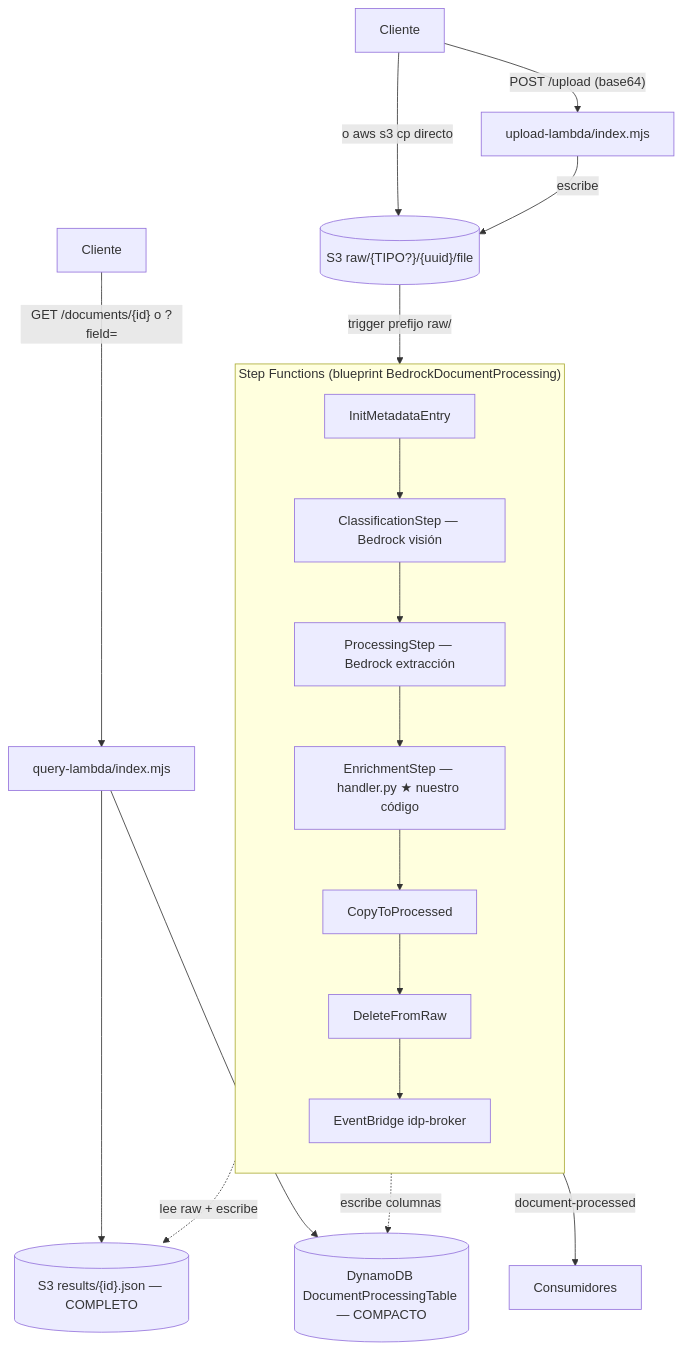
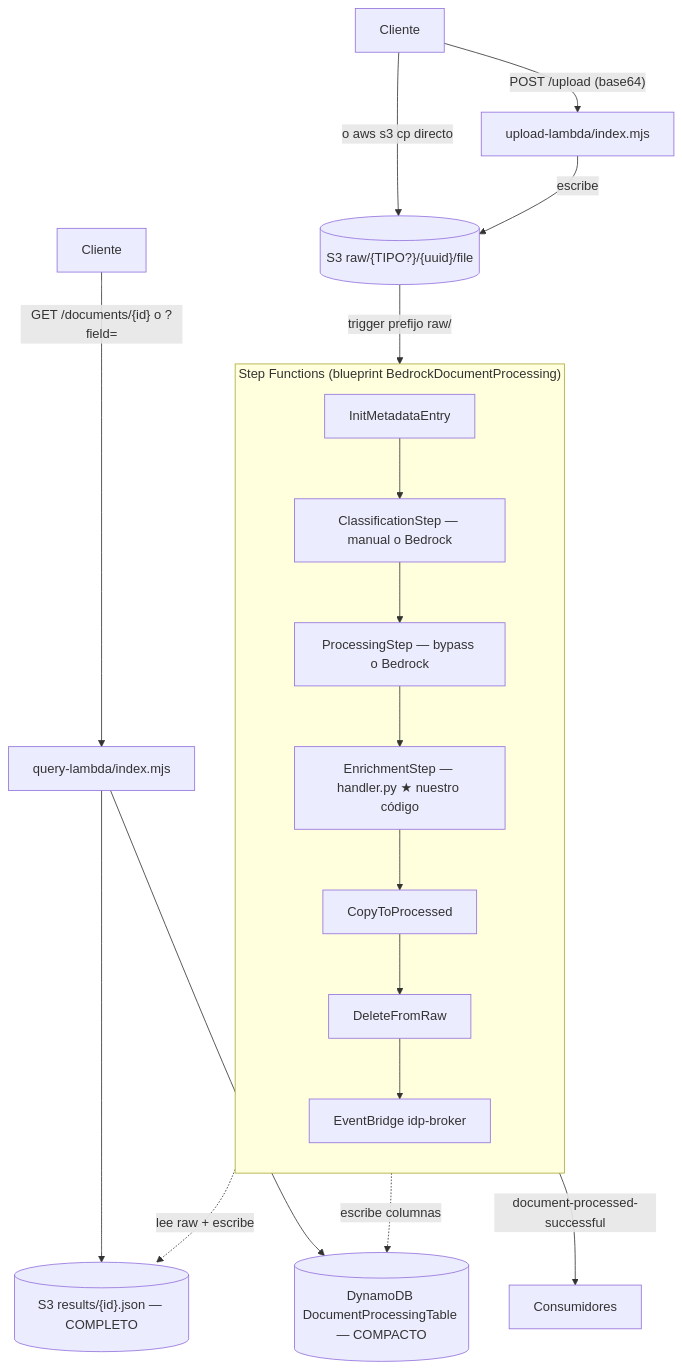
The diagram in documentacion/FLUJO_EJECUCION.md (LuisHM5/idp), drawn with Mermaid before and after one commit. The commit also changed other lines of this file and 18 other files, not shown here.

````diff
--- a/documentacion/FLUJO_EJECUCION.md
+++ b/documentacion/FLUJO_EJECUCION.md
@@ -9,23 +12,23 @@
 ```mermaid
 flowchart TD
     U[Cliente] -->|"POST /upload (base64)"| UL[upload-lambda/index.mjs]
     U -->|"o aws s3 cp directo"| S3RAW
     UL -->|"escribe"| S3RAW[("S3 raw/{TIPO?}/{uuid}/file")]
     S3RAW -->|"trigger prefijo raw/"| SFN
 
     subgraph SFN["Step Functions (blueprint BedrockDocumentProcessing)"]
       direction TB
-      I[InitMetadataEntry] --> C["ClassificationStep — Bedrock visión"]
-      C --> P["ProcessingStep — Bedrock extracción"]
+      I[InitMetadataEntry] --> C["ClassificationStep — manual o Bedrock"]
+      C --> P["ProcessingStep — bypass o Bedrock"]
       P --> E["EnrichmentStep — handler.py ★ nuestro código"]
       E --> CP[CopyToProcessed] --> DR[DeleteFromRaw] --> EB
     end
 
     E -.->|"lee raw + escribe"| S3RES[("S3 results/{id}.json — COMPLETO")]
     E -.->|"escribe columnas"| DDB[("DynamoDB DocumentProcessingTable — COMPACTO")]
-    EB[EventBridge idp-broker] -->|"document-processed"| CONS[Consumidores]
+    EB[EventBridge idp-broker] -->|"document-processed-successful"| CONS[Consumidores]
 
     Q[Cliente] -->|"GET /documents/{id} o ?field="| QL[query-lambda/index.mjs]
     QL --> DDB
     QL --> S3RES
 ```
````
